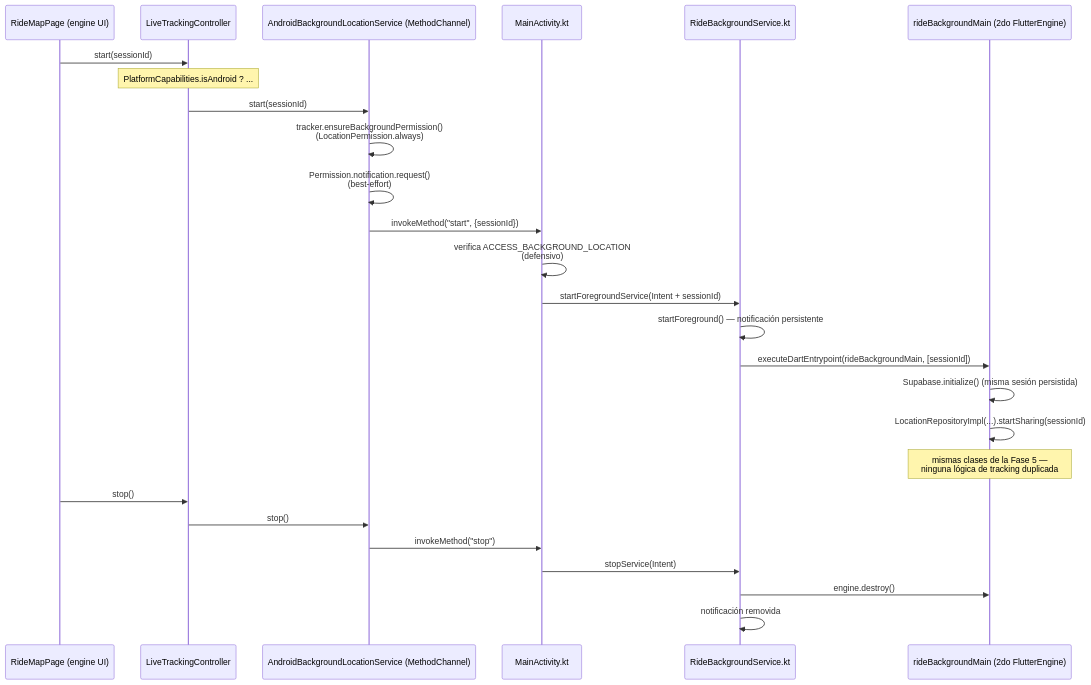
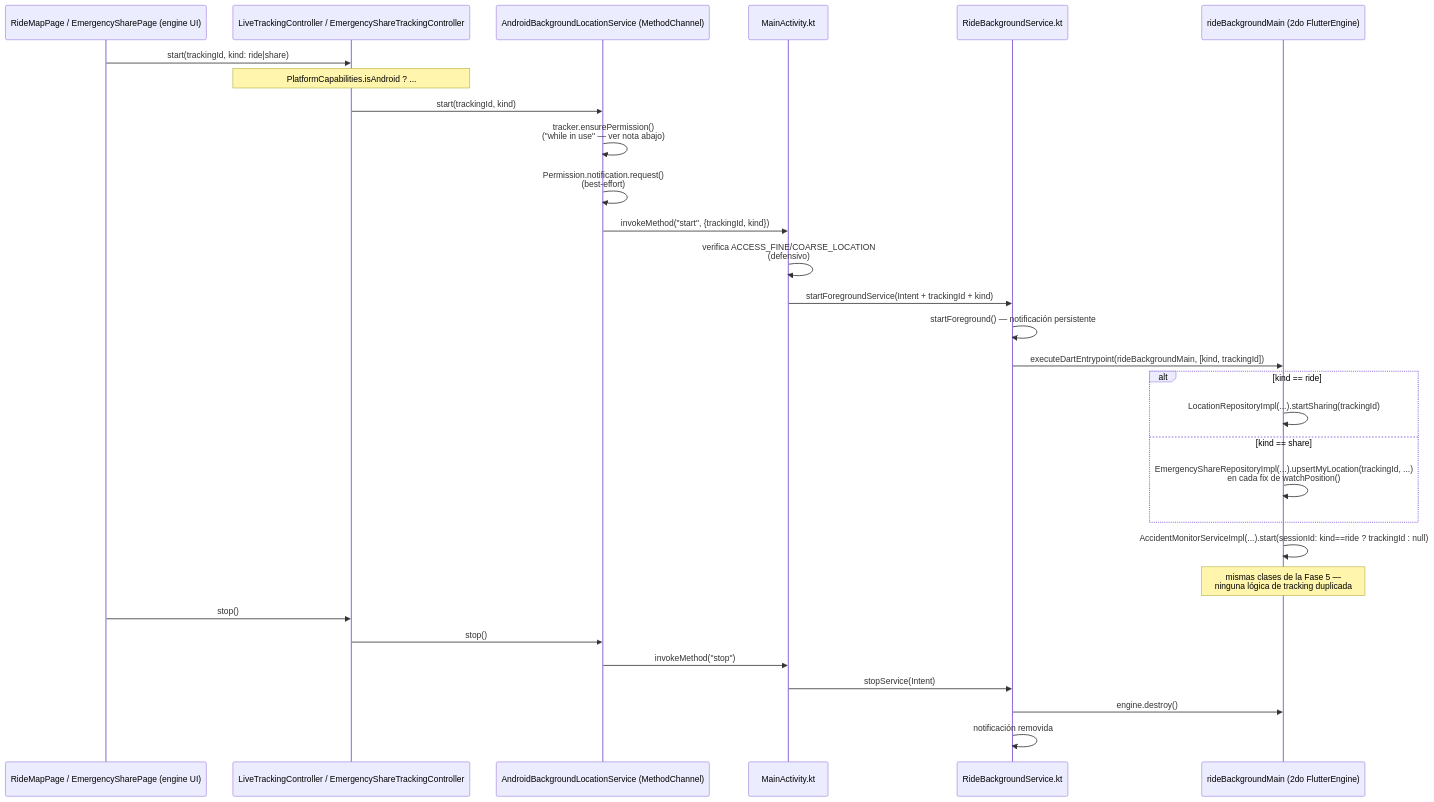
The diagram in docs/background_service.md (cumpashijitas/sentinel), drawn with Mermaid before and after one commit. The commit also changed other lines of this file and 13 other files, not shown here.

````diff
--- a/docs/background_service.md
+++ b/docs/background_service.md
@@ -45,30 +55,34 @@
 ```mermaid
 sequenceDiagram
-  participant UI as RideMapPage (engine UI)
-  participant Ctl as LiveTrackingController
+  participant UI as RideMapPage / EmergencySharePage (engine UI)
+  participant Ctl as LiveTrackingController / EmergencyShareTrackingController
   participant Chan as AndroidBackgroundLocationService (MethodChannel)
   participant Act as MainActivity.kt
   participant Svc as RideBackgroundService.kt
   participant BG as rideBackgroundMain (2do FlutterEngine)
 
-  UI->>Ctl: start(sessionId)
+  UI->>Ctl: start(trackingId, kind: ride|share)
   Note over Ctl: PlatformCapabilities.isAndroid ? ...
-  Ctl->>Chan: start(sessionId)
-  Chan->>Chan: tracker.ensureBackgroundPermission()<br/>(LocationPermission.always)
+  Ctl->>Chan: start(trackingId, kind)
+  Chan->>Chan: tracker.ensurePermission()<br/>("while in use" — ver nota abajo)
   Chan->>Chan: Permission.notification.request()<br/>(best-effort)
-  Chan->>Act: invokeMethod("start", {sessionId})
-  Act->>Act: verifica ACCESS_BACKGROUND_LOCATION<br/>(defensivo)
-  Act->>Svc: startForegroundService(Intent + sessionId)
+  Chan->>Act: invokeMethod("start", {trackingId, kind})
+  Act->>Act: verifica ACCESS_FINE/COARSE_LOCATION<br/>(defensivo)
+  Act->>Svc: startForegroundService(Intent + trackingId + kind)
   Svc->>Svc: startForeground() — notificación persistente
-  Svc->>BG: executeDartEntrypoint(rideBackgroundMain, [sessionId])
-  BG->>BG: Supabase.initialize() (misma sesión persistida)
-  BG->>BG: LocationRepositoryImpl(...).startSharing(sessionId)
+  Svc->>BG: executeDartEntrypoint(rideBackgroundMain, [kind, trackingId])
+  alt kind == ride
+    BG->>BG: LocationRepositoryImpl(...).startSharing(trackingId)
+  else kind == share
+    BG->>BG: EmergencyShareRepositoryImpl(...).upsertMyLocation(trackingId, ...)<br/>en cada fix de watchPosition()
+  end
+  BG->>BG: AccidentMonitorServiceImpl(...).start(sessionId: kind==ride ? trackingId : null)
   Note over BG: mismas clases de la Fase 5 —<br/>ninguna lógica de tracking duplicada
 
   UI->>Ctl: stop()
   Ctl->>Chan: stop()
   Chan->>Act: invokeMethod("stop")
   Act->>Svc: stopService(Intent)
   Svc->>BG: engine.destroy()
   Svc->>Svc: notificación removida
 ```
````
